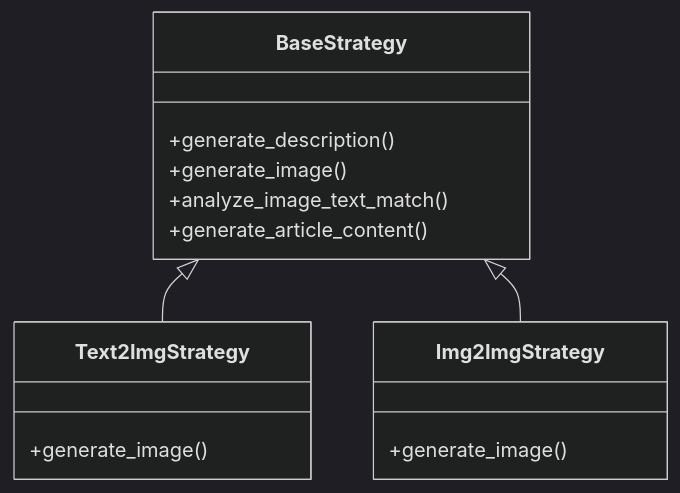
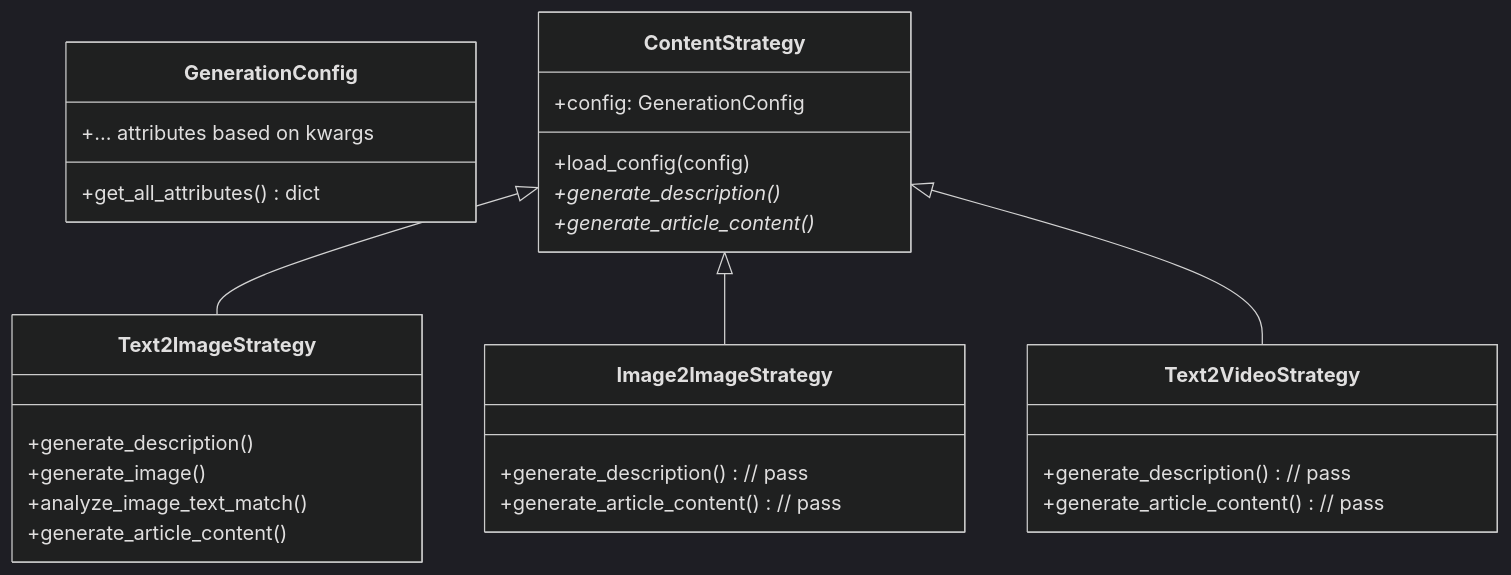
Before and after one commit to jaesm14774/mediaoverload: the third of 3 diagrams in README.md, drawn with Mermaid (dark theme). The commit also changed other lines of this file and 11 other files, not shown here.

````diff
--- a/README.md
+++ b/README.md
@@ -179,17 +191,30 @@
 ```mermaid
 classDiagram
-    class BaseStrategy {
+    class GenerationConfig {
+        +... attributes based on kwargs
+        +get_all_attributes() dict
+    }
+    class ContentStrategy {
+        +config: GenerationConfig
+        +load_config(config)
+        +generate_description()*
+        +generate_article_content()*
+    }
+    class Text2ImageStrategy {
         +generate_description()
         +generate_image()
         +analyze_image_text_match()
         +generate_article_content()
     }
-    class Text2ImgStrategy {
-        +generate_image()
+    class Image2ImageStrategy {
+        +generate_description() // pass
+        +generate_article_content() // pass
     }
-    class Img2ImgStrategy {
-        +generate_image()
+    class Text2VideoStrategy {
+        +generate_description() // pass
+        +generate_article_content() // pass
     }
-    BaseStrategy <|-- Text2ImgStrategy
-    BaseStrategy <|-- Img2ImgStrategy
+    ContentStrategy <|-- Text2ImageStrategy
+    ContentStrategy <|-- Image2ImageStrategy
+    ContentStrategy <|-- Text2VideoStrategy
 ```
````
